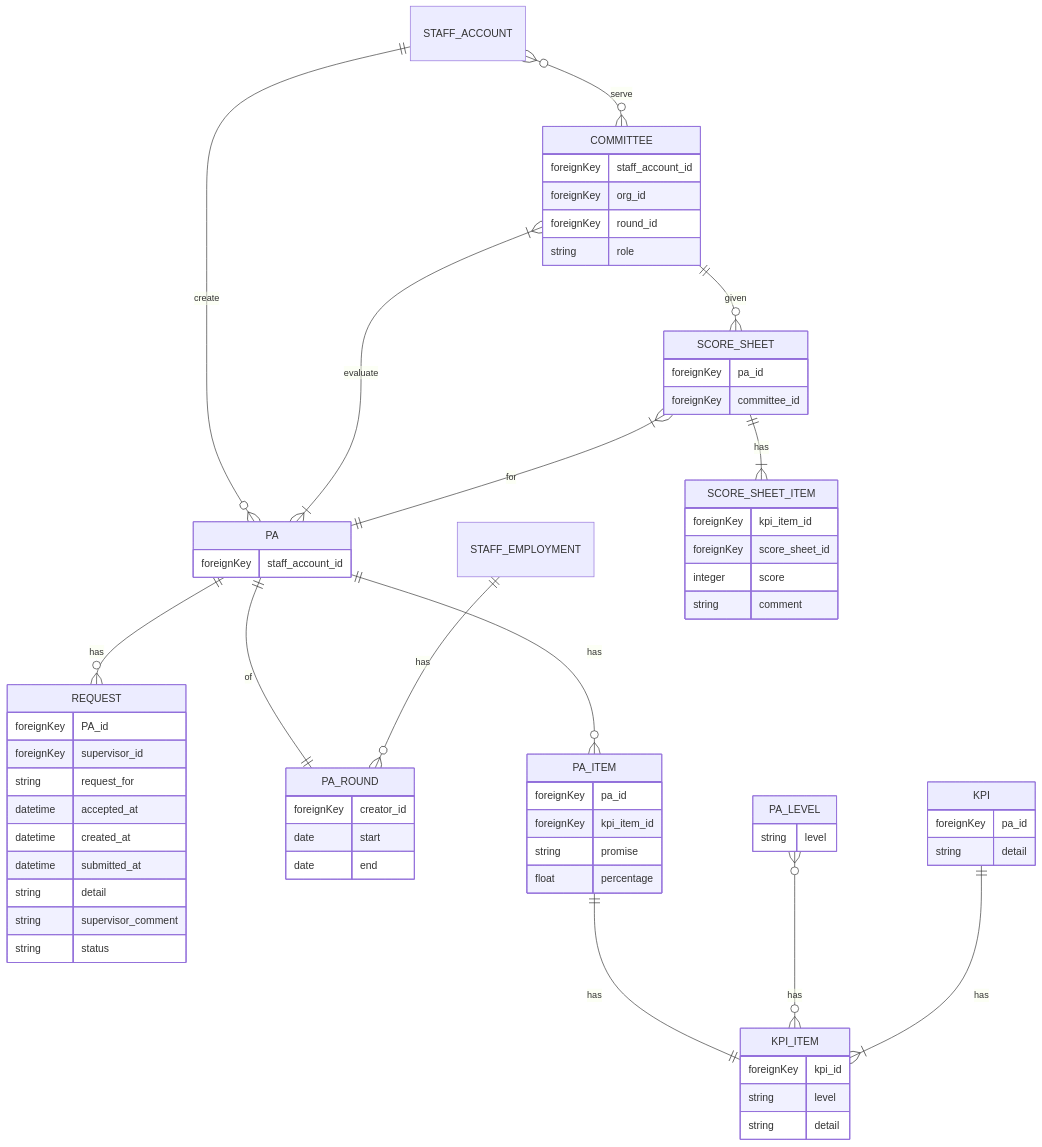
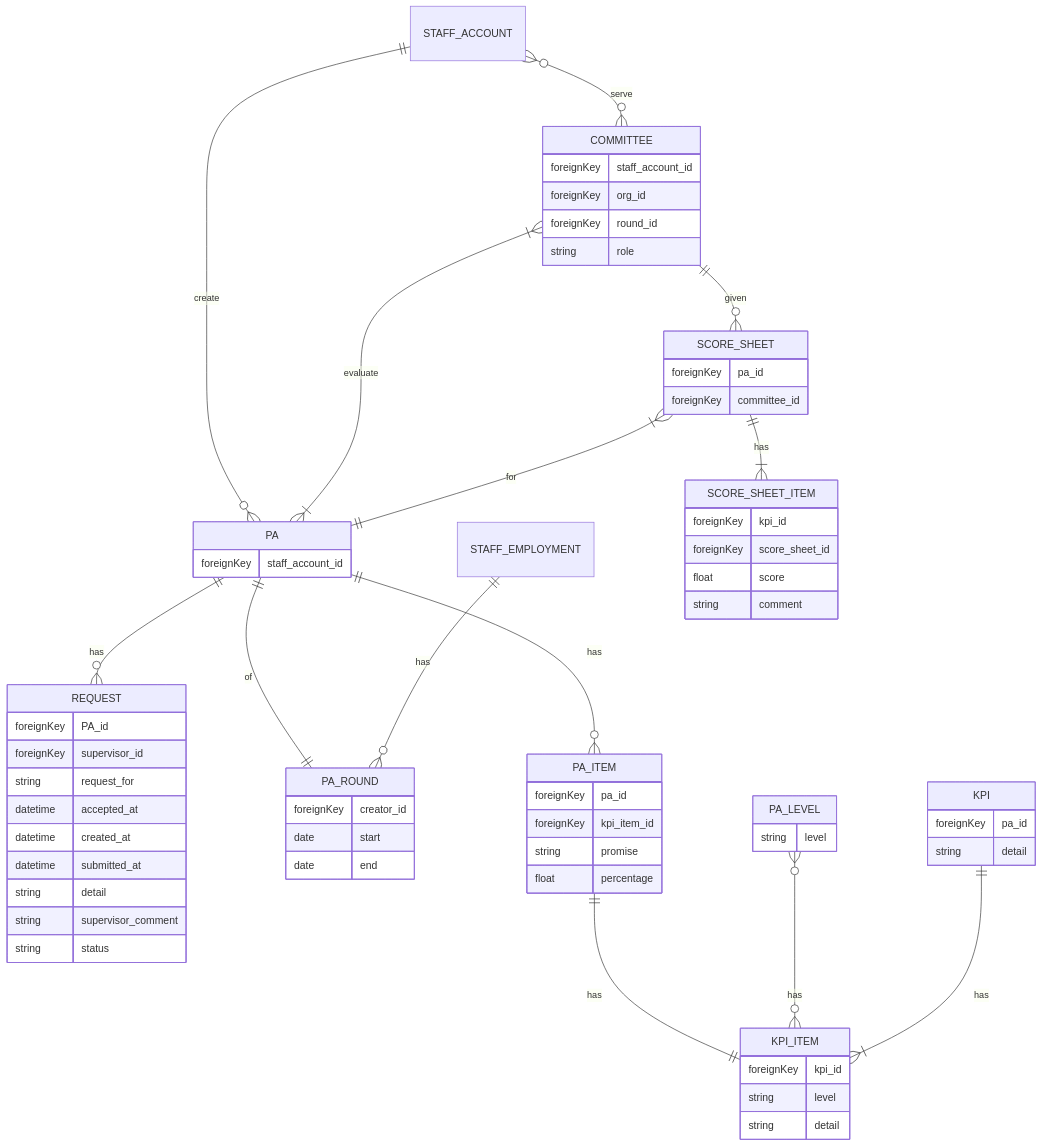
Before and after one commit to MUMT-IT/mis2018: the diagram in diagrams/performance-class-diagram.md, drawn with Mermaid. The commit also changed 4 other files, not shown here.

```diff
--- a/diagrams/performance-class-diagram.md
+++ b/diagrams/performance-class-diagram.md
@@ -25,9 +25,9 @@
     }
     
     SCORE_SHEET_ITEM {
-        foreignKey kpi_item_id
+        foreignKey kpi_id
         foreignKey score_sheet_id
-        integer score
+        float score
         string comment
     }
     
```
